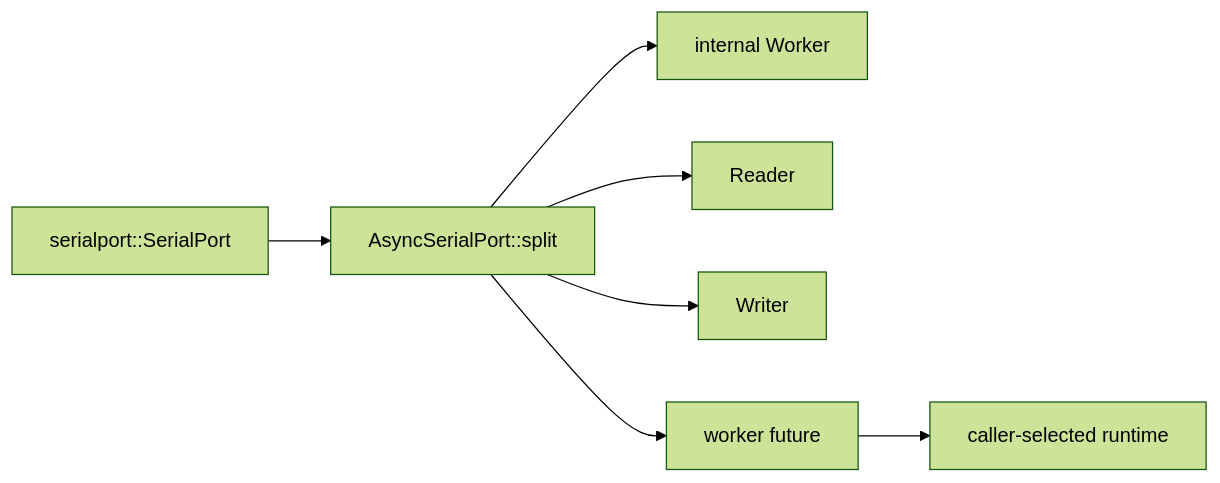
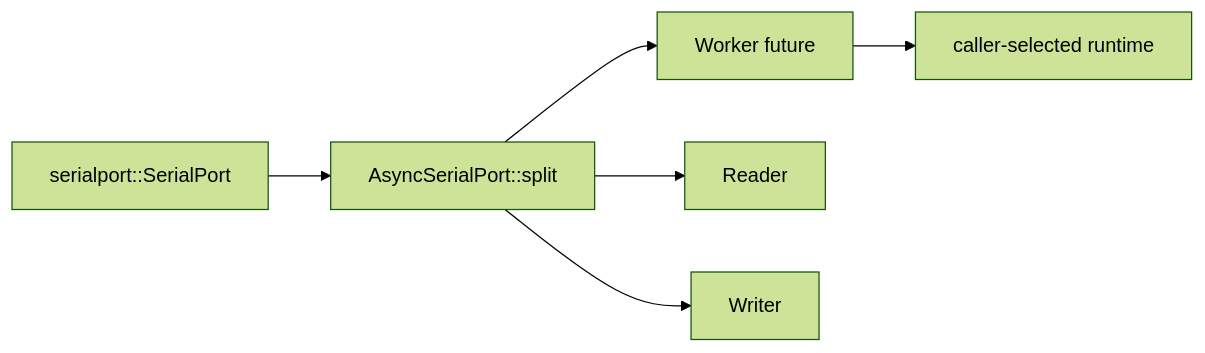
One commit to PaulmannLighting/async-serialport changed the first of 2 diagrams in ARCHITECTURE.md. Above: the diagram before and after it, drawn with Mermaid (forest theme). The commit also changed other lines of this file and 6 other files, not shown here.

Commit message:
Make `Worker` a future and return it from `split()`.

````diff
--- a/ARCHITECTURE.md
+++ b/ARCHITECTURE.md
@@ -23,9 +23,8 @@
 ```mermaid
 flowchart LR
     Port[serialport::SerialPort] --> Split[AsyncSerialPort::split]
-    Split --> Worker[internal Worker]
+    Split --> Worker[Worker future]
     Split --> Reader[Reader]
     Split --> Writer[Writer]
-    Split --> Future[worker future]
-    Future --> Runtime[caller-selected runtime]
+    Worker --> Runtime[caller-selected runtime]
 ```
````
